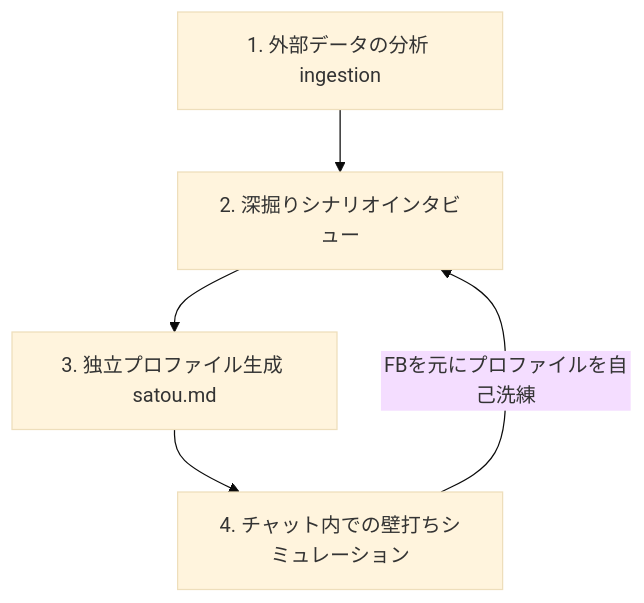
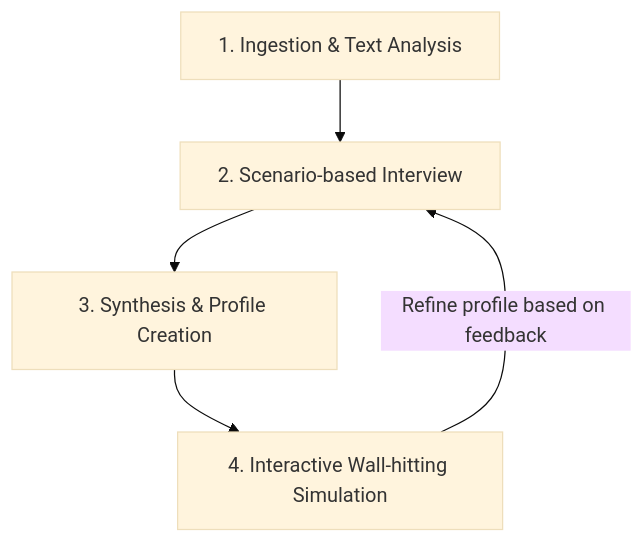
One commit to handlename/agent-skills changed the diagram in skills/persona-mimic-trainer/README.md. Above: the diagram before and after it, drawn with Mermaid (base theme). The commit also changed other lines of this file and 1 other file, not shown here.

````diff
--- a/skills/persona-mimic-trainer/README.md
+++ b/skills/persona-mimic-trainer/README.md
@@ -26,7 +26,7 @@
 ```mermaid
 graph TD
-    A[1. 外部データの分析 ingestion] --> B[2. 深掘りシナリオインタビュー]
-    B --> C[3. 独立プロファイル生成 satou.md]
-    C --> D[4. チャット内での壁打ちシミュレーション]
-    D -->|FBを元にプロファイルを自己洗練| B
+    A[1. Ingestion & Text Analysis] --> B[2. Scenario-based Interview]
+    B --> C[3. Synthesis & Profile Creation]
+    C --> D[4. Interactive Wall-hitting Simulation]
+    D -->|Refine profile based on feedback| B
 ```
````
